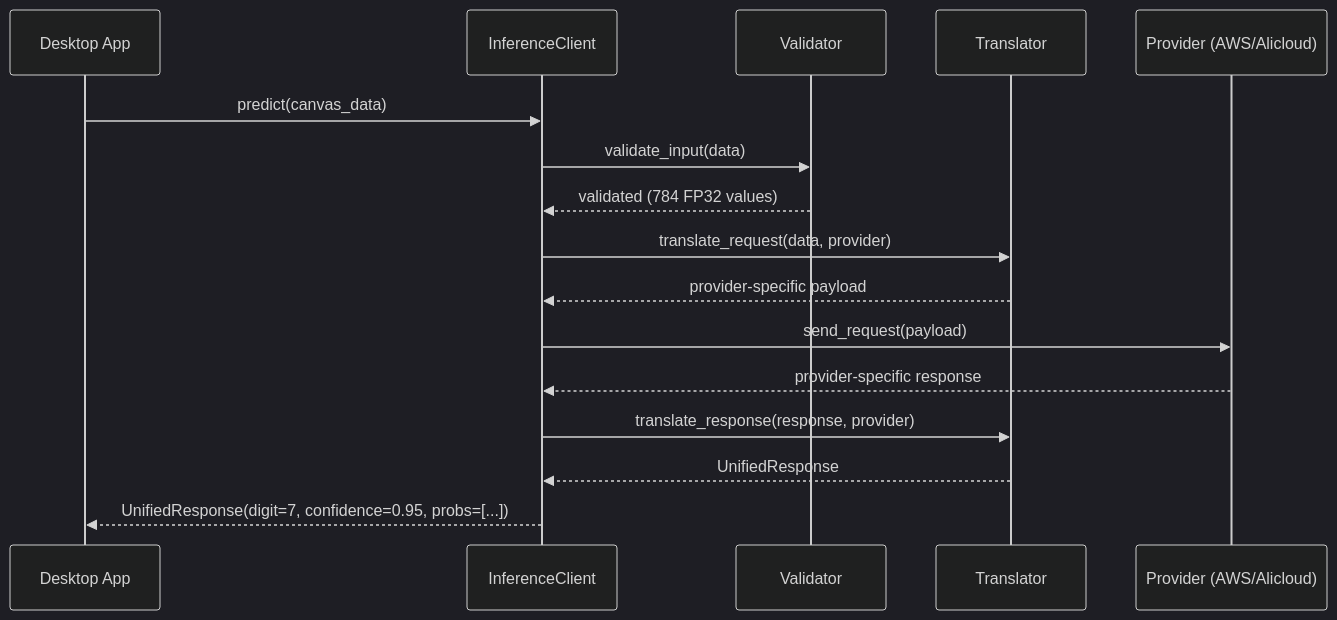
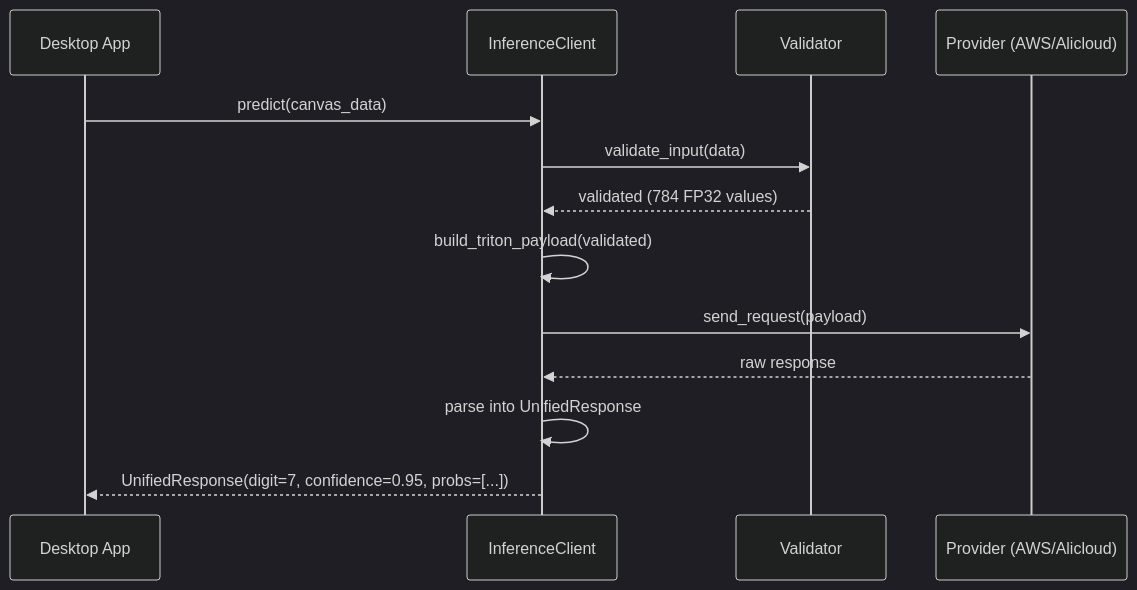
The third of 4 diagrams in .kiro/specs/multi-cloud-inference/design.md (ruhuitay/sagemaker), drawn with Mermaid (dark theme) before and after one commit. The commit also changed other lines of this file and 5 other files, not shown here.

````diff
--- a/.kiro/specs/multi-cloud-inference/design.md
+++ b/.kiro/specs/multi-cloud-inference/design.md
@@ -175,19 +163,16 @@
 ```mermaid
 sequenceDiagram
     participant App as Desktop App
     participant IC as InferenceClient
     participant V as Validator
-    participant T as Translator
     participant P as Provider (AWS/Alicloud)
 
     App->>IC: predict(canvas_data)
     IC->>V: validate_input(data)
     V-->>IC: validated (784 FP32 values)
-    IC->>T: translate_request(data, provider)
-    T-->>IC: provider-specific payload
+    IC->>IC: build_triton_payload(validated)
     IC->>P: send_request(payload)
-    P-->>IC: provider-specific response
-    IC->>T: translate_response(response, provider)
-    T-->>IC: UnifiedResponse
+    P-->>IC: raw response
+    IC->>IC: parse into UnifiedResponse
     IC-->>App: UnifiedResponse(digit=7, confidence=0.95, probs=[...])
 ```
````
